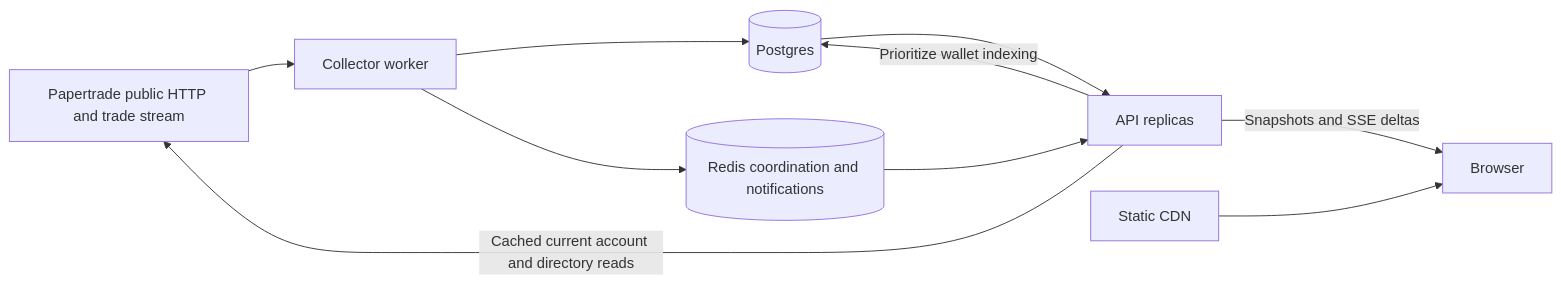
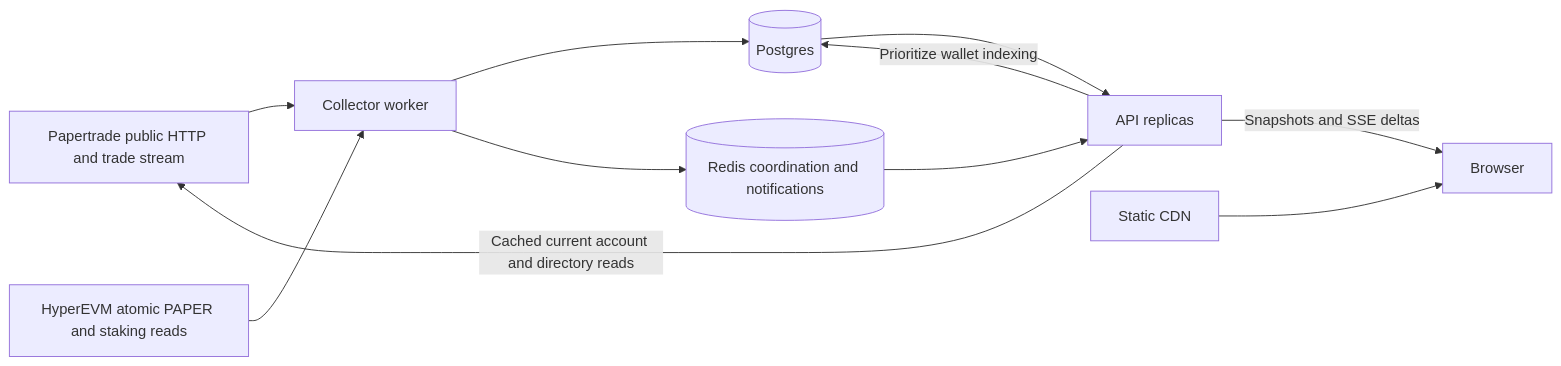
Before and after one commit to carlislejd/paperdash: the diagram in README.md, drawn with Mermaid. The commit also changed other lines of this file and 37 other files, not shown here.

Commit message:
Read PAPER economics directly from HyperEVM with source-aware freshness

````diff
--- a/README.md
+++ b/README.md
@@ -46,12 +46,13 @@
 ```mermaid
 flowchart LR
   S[Papertrade public HTTP and trade stream] --> W[Collector worker]
+  H[HyperEVM atomic PAPER and staking reads] --> W
   W --> D[(Postgres)]
   W --> R[(Redis coordination and notifications)]
   D --> A[API replicas]
   R --> A
   A -->|Snapshots and SSE deltas| B[Browser]
   C[Static CDN] --> B
   A -->|Cached current account and directory reads| S
   A -->|Prioritize wallet indexing| D
 ```
````
